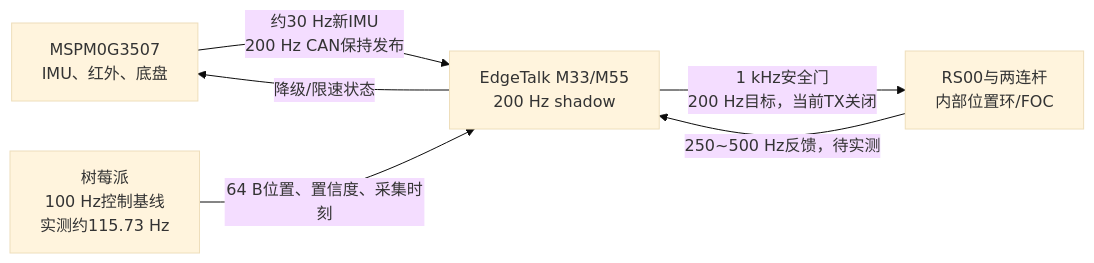
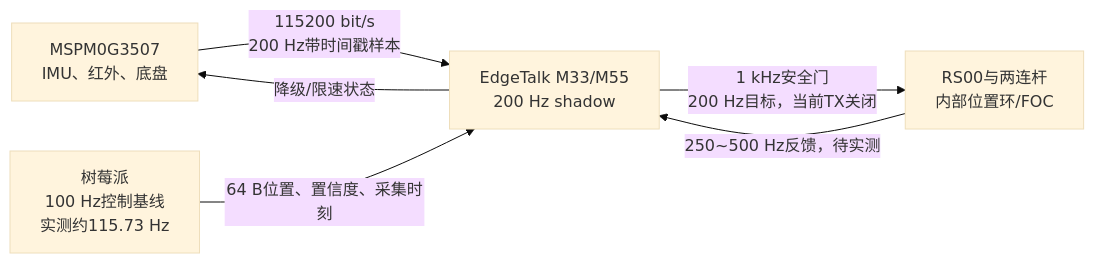
Before and after one commit to HalloYang06/2026_TI: the diagram in README.md, drawn with Mermaid (base theme). The commit also changed other lines of this file and 20 other files, not shown here.

````diff
--- a/README.md
+++ b/README.md
@@ -24,8 +24,8 @@
 ```mermaid
 flowchart LR
-    M["MSPM0G3507<br/>IMU、红外、底盘"] -->|"约30 Hz新IMU<br/>200 Hz CAN保持发布"| E["EdgeTalk M33/M55<br/>200 Hz shadow"]
+    M["MSPM0G3507<br/>IMU、红外、底盘"] -->|"115200 bit/s<br/>200 Hz带时间戳样本"| E["EdgeTalk M33/M55<br/>200 Hz shadow"]
     P["树莓派<br/>100 Hz控制基线<br/>实测约115.73 Hz"] -->|"64 B位置、置信度、采集时刻"| E
     E -->|"1 kHz安全门<br/>200 Hz目标，当前TX关闭"| B["RS00与两连杆<br/>内部位置环/FOC"]
     B -->|"250~500 Hz反馈，待实测"| E
     E -->|"降级/限速状态"| M
 ```
````
